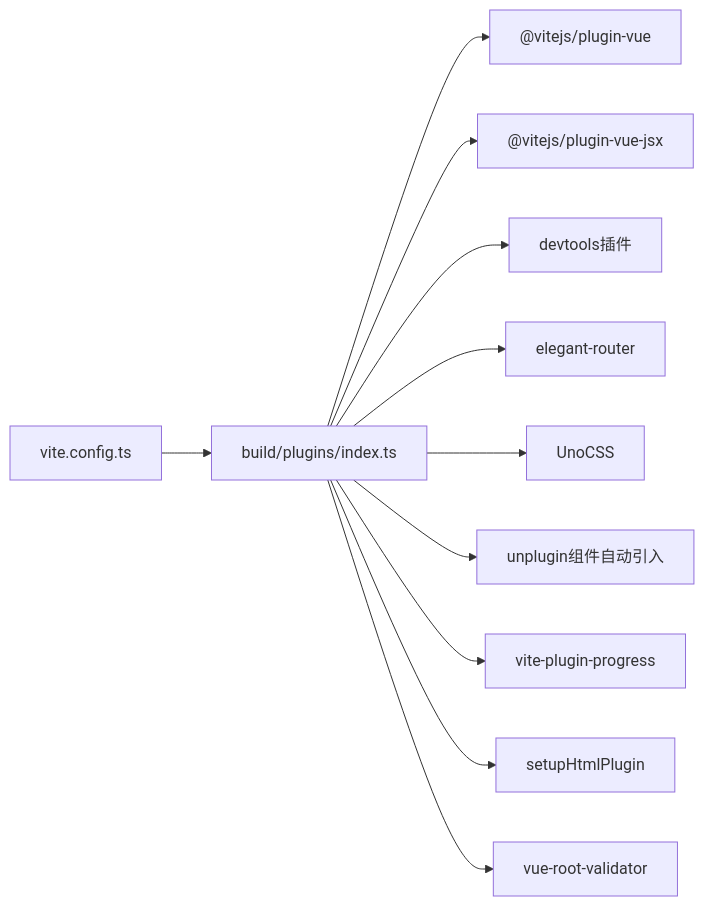
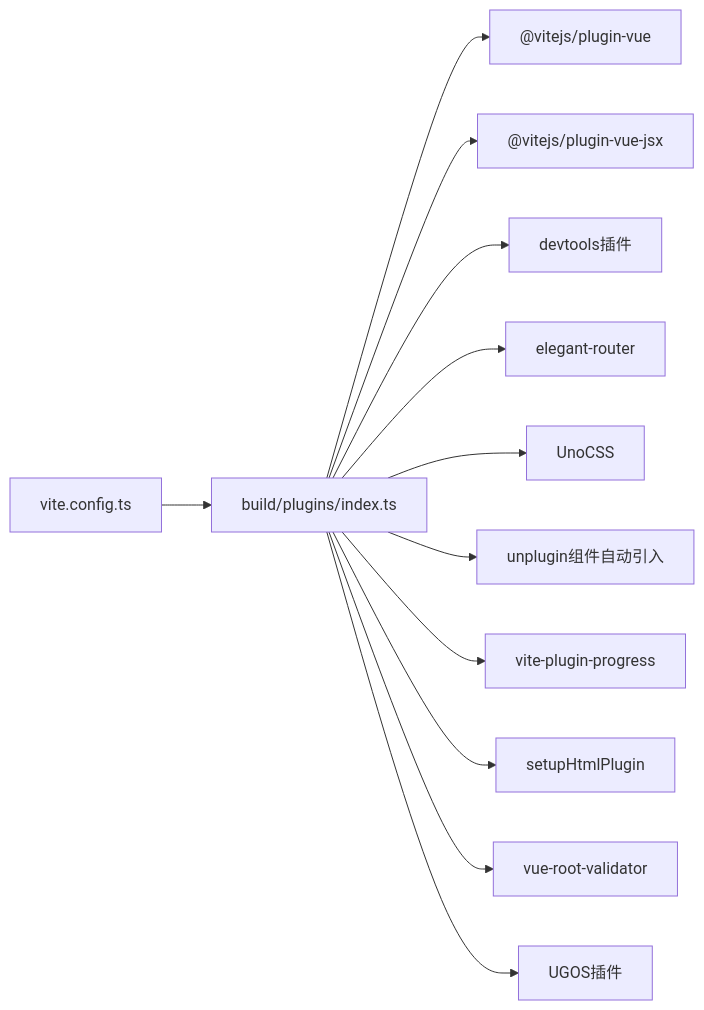
The eighth of 11 diagrams in .qoder/repowiki/zh/content/前端开发/前端开发.md (knifezred/boread), drawn with Mermaid before and after one commit. The commit also changed other lines of this file and 16 other files, not shown here.

````diff
--- a/.qoder/repowiki/zh/content/前端开发/前端开发.md
+++ b/.qoder/repowiki/zh/content/前端开发/前端开发.md
@@ -299,13 +340,14 @@
 ```mermaid
 graph LR
 VC["vite.config.ts"] --> PL["build/plugins/index.ts"]
 PL --> VUE["@vitejs/plugin-vue"]
 PL --> JSX["@vitejs/plugin-vue-jsx"]
 PL --> DEVTOOLS["devtools插件"]
 PL --> ELEGANT["elegant-router"]
 PL --> UNO["UnoCSS"]
 PL --> UNPLUGIN["unplugin组件自动引入"]
 PL --> PROG["vite-plugin-progress"]
 PL --> HTML["setupHtmlPlugin"]
 PL --> VALID["vue-root-validator"]
+PL --> UGREEN["UGOS插件"]
 ```
````
